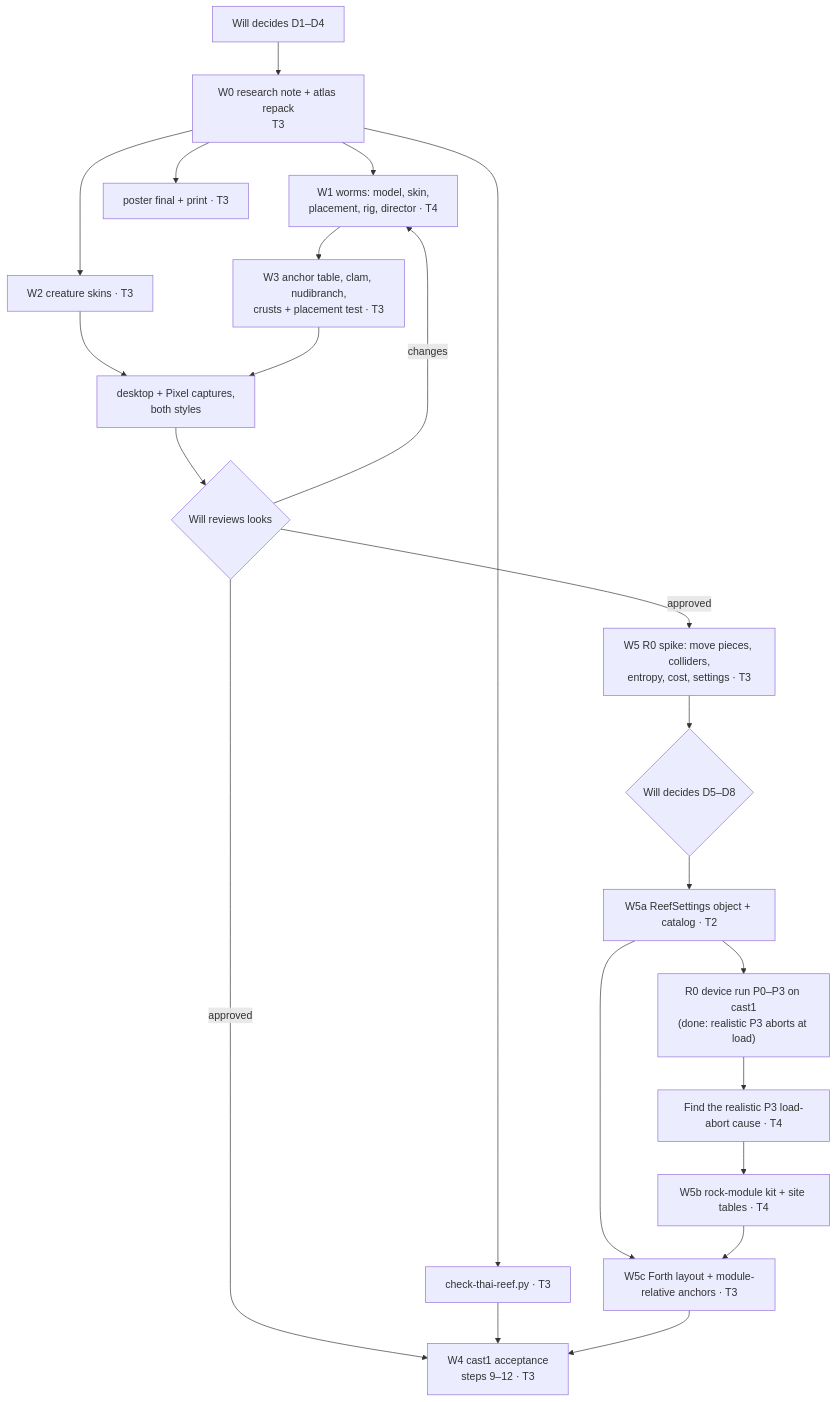
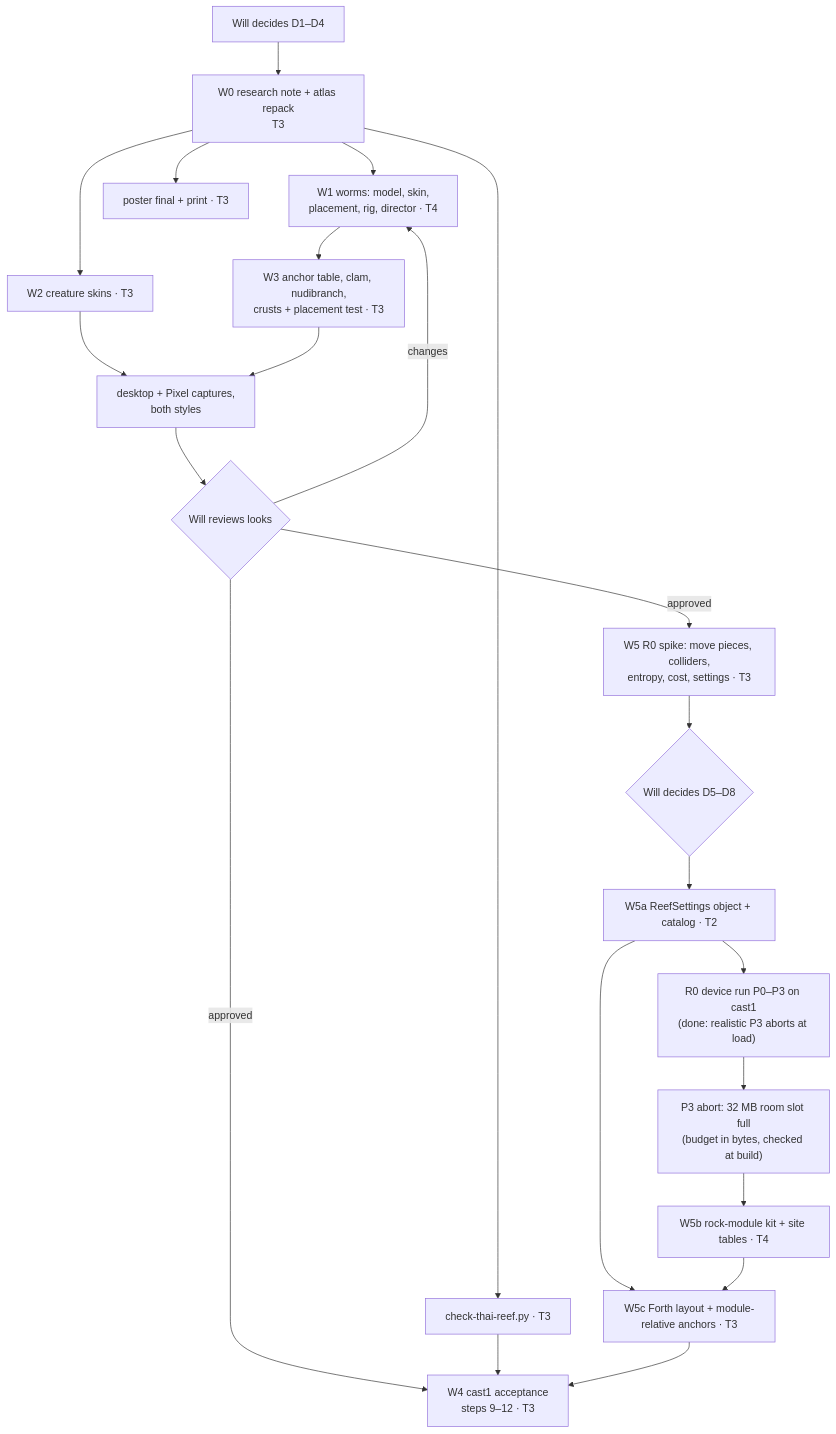
The eighth of 8 diagrams in docs/plans/2026-11-08-reef-tanks-finish.md (wbniv/WorldFoundry), drawn with Mermaid before and after one commit. The commit also changed other lines of this file and 8 other files, not shown here.

First line of the commit message:
Reef plan: realistic P3 abort is the 32 MB room slot; W5b budget in bytes

````diff
--- a/docs/plans/2026-11-08-reef-tanks-finish.md
+++ b/docs/plans/2026-11-08-reef-tanks-finish.md
@@ -431,24 +433,24 @@
 ```mermaid
 flowchart TD
     D["Will decides D1–D4"] --> W0["W0 research note + atlas repack<br/>T3"]
     W0 --> W1["W1 worms: model, skin,<br/>placement, rig, director · T4"]
     W0 --> W2["W2 creature skins · T3"]
     W1 --> W3["W3 anchor table, clam, nudibranch,<br/>crusts + placement test · T3"]
     W2 --> CAP["desktop + Pixel captures,<br/>both styles"]
     W3 --> CAP
     CAP --> REV{"Will reviews looks"}
     REV -->|"changes"| W1
     REV -->|"approved"| W4["W4 cast1 acceptance<br/>steps 9–12 · T3"]
     W0 --> CHK["check-thai-reef.py · T3"]
     CHK --> W4
     W0 --> POS["poster final + print · T3"]
     REV -->|"approved"| R0["W5 R0 spike: move pieces, colliders,<br/>entropy, cost, settings · T3"]
     R0 --> D5{"Will decides D5–D8"}
     D5 --> W5a["W5a ReefSettings object + catalog · T2"]
     W5a --> DEV["R0 device run P0–P3 on cast1<br/>(done: realistic P3 aborts at load)"]
-    DEV --> ABORT["Find the realistic P3 load-abort cause · T4"]
+    DEV --> ABORT["P3 abort: 32 MB room slot full<br/>(budget in bytes, checked at build)"]
     ABORT --> W5b["W5b rock-module kit + site tables · T4"]
     W5a --> W5c["W5c Forth layout + module-relative anchors · T3"]
     W5b --> W5c
     W5c --> W4
 ```
````
